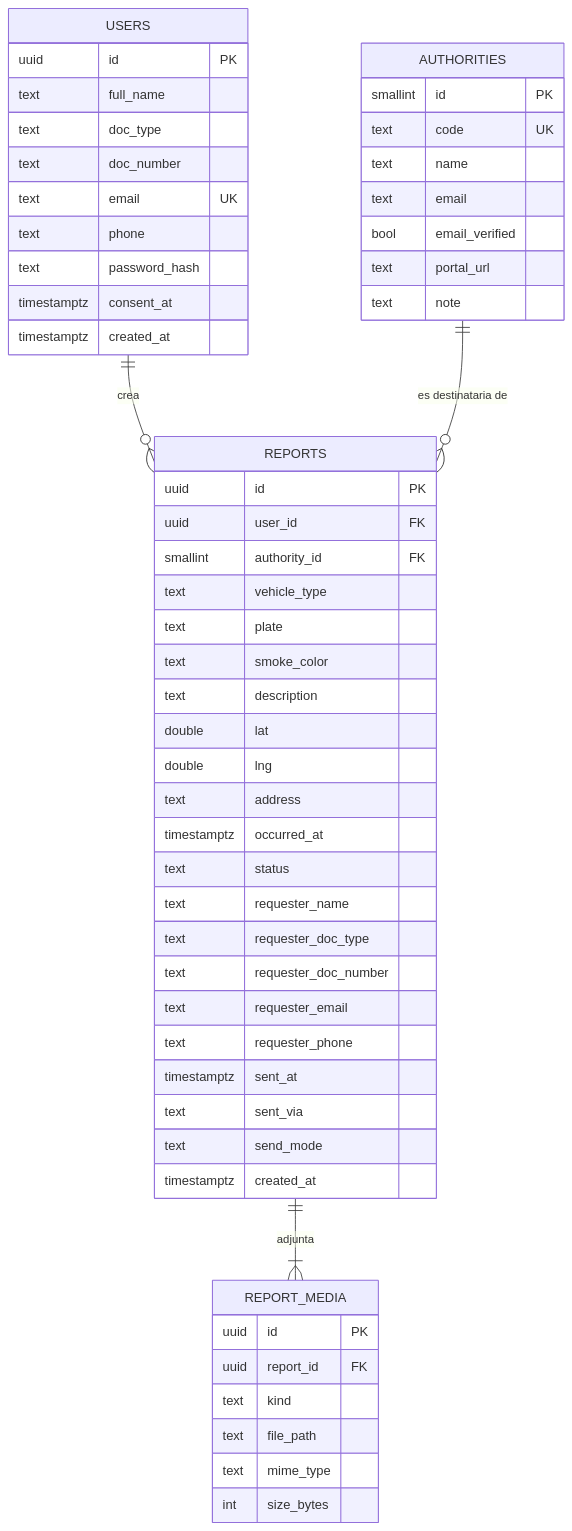
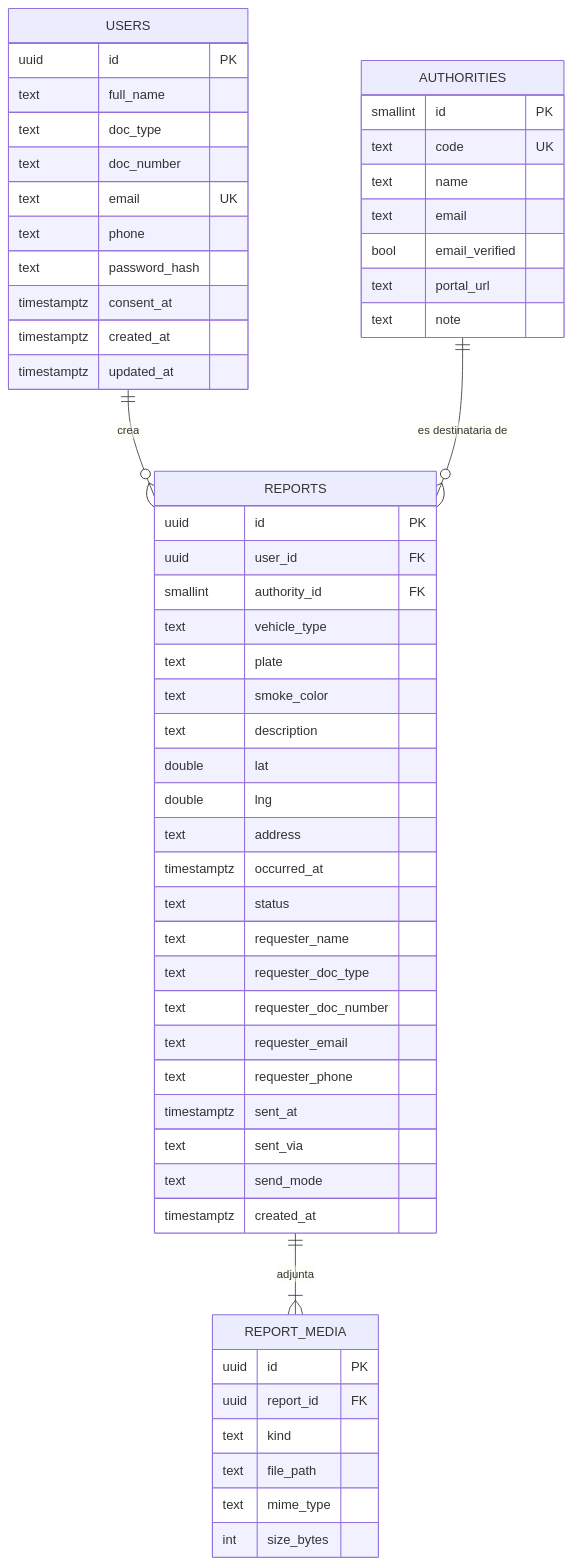
One commit to Matute-col/AireClaro changed the diagram in docs/05-modelo-de-datos-y-api.md. Above: the diagram before and after it, drawn with Mermaid. The commit also changed 3 other files, not shown here.

````diff
--- a/docs/05-modelo-de-datos-y-api.md
+++ b/docs/05-modelo-de-datos-y-api.md
@@ -5,57 +5,58 @@
 ```mermaid
 erDiagram
   USERS ||--o{ REPORTS : crea
   AUTHORITIES ||--o{ REPORTS : "es destinataria de"
   REPORTS ||--|{ REPORT_MEDIA : adjunta
   USERS {
     uuid id PK
     text full_name
     text doc_type
     text doc_number
     text email UK
     text phone
     text password_hash
     timestamptz consent_at
     timestamptz created_at
+    timestamptz updated_at
   }
   AUTHORITIES {
     smallint id PK
     text code UK
     text name
     text email
     bool email_verified
     text portal_url
     text note
   }
   REPORTS {
     uuid id PK
     uuid user_id FK
     smallint authority_id FK
     text vehicle_type
     text plate
     text smoke_color
     text description
     double lat
     double lng
     text address
     timestamptz occurred_at
     text status
     text requester_name
     text requester_doc_type
     text requester_doc_number
     text requester_email
     text requester_phone
     timestamptz sent_at
     text sent_via
     text send_mode
     timestamptz created_at
   }
   REPORT_MEDIA {
     uuid id PK
     uuid report_id FK
     text kind
     text file_path
     text mime_type
     int size_bytes
   }
 ```
````
